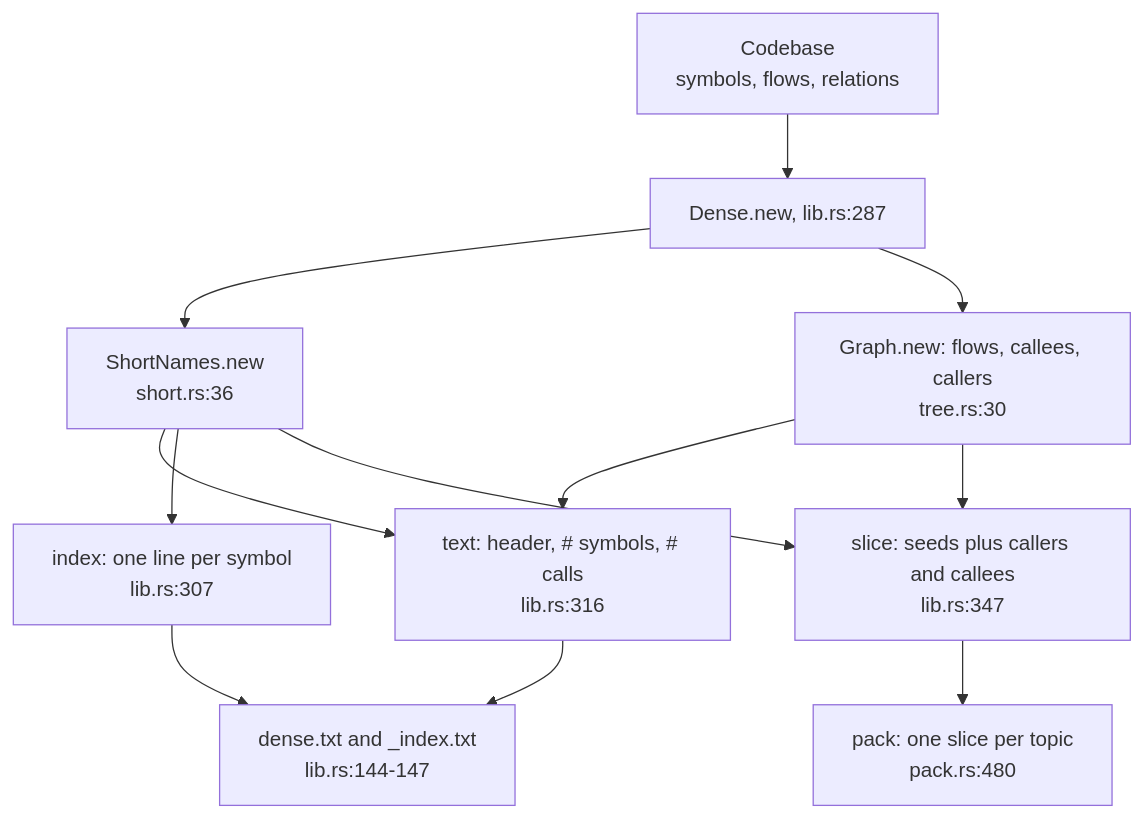
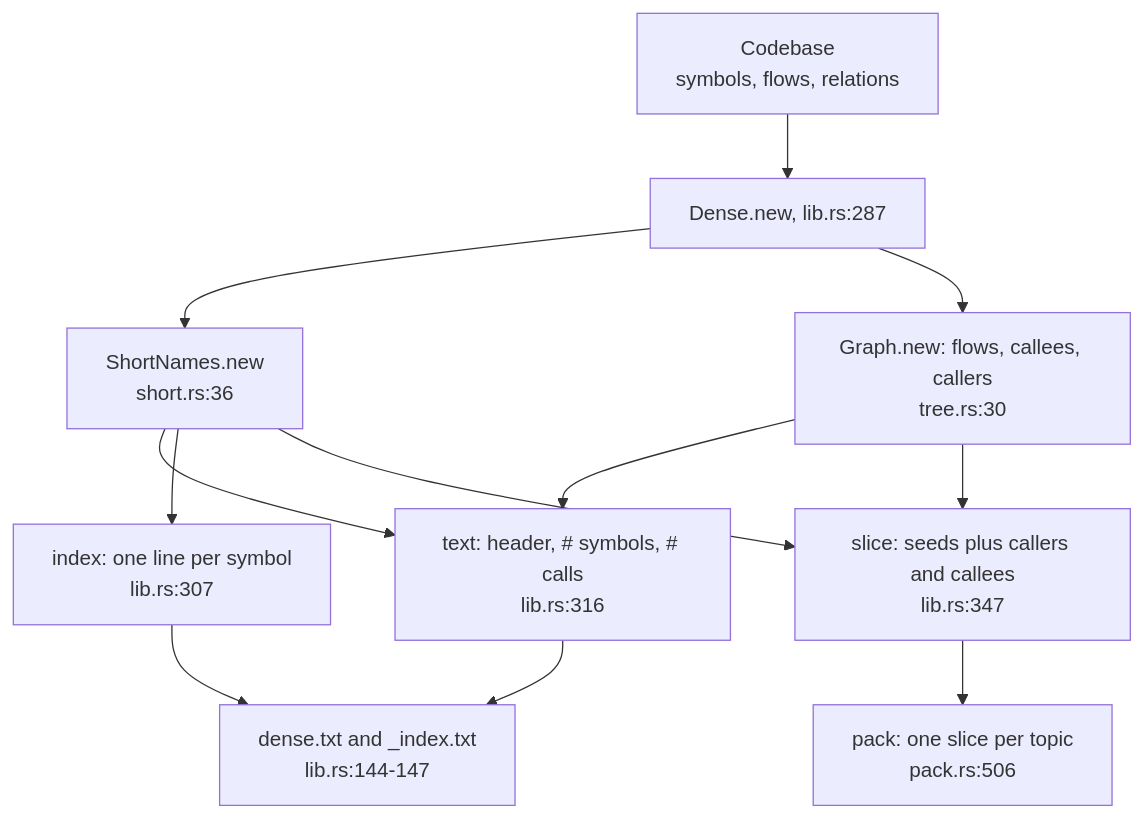
One commit to DreamLab-AI/VisionFlow changed the first of 6 diagrams in docs/diagrams/sealmap/21-the-dense-agent-projection.md. Above: the diagram before and after it, drawn with Mermaid. The commit also changed other lines of this file and 59 other files, not shown here.

First line of the commit message:
docs(diagrams): re-derive and re-stamp forum, website, pod, ontomark and sealmap topics

````diff
--- a/docs/diagrams/sealmap/21-the-dense-agent-projection.md
+++ b/docs/diagrams/sealmap/21-the-dense-agent-projection.md
@@ -83,23 +85,23 @@
 ```mermaid
 flowchart TB
     CB["Codebase<br/>symbols, flows, relations"]
     NEW["Dense.new, lib.rs:287"]
     SN["ShortNames.new<br/>short.rs:36"]
     GR["Graph.new: flows, callees, callers<br/>tree.rs:30"]
     TX["text: header, # symbols, # calls<br/>lib.rs:316"]
     IX["index: one line per symbol<br/>lib.rs:307"]
     SL["slice: seeds plus callers and callees<br/>lib.rs:347"]
     OUT["dense.txt and _index.txt<br/>lib.rs:144-147"]
-    PK["pack: one slice per topic<br/>pack.rs:480"]
+    PK["pack: one slice per topic<br/>pack.rs:506"]
     CB --> NEW
     NEW --> SN
     NEW --> GR
     SN --> TX
     GR --> TX
     SN --> IX
     TX --> OUT
     IX --> OUT
     GR --> SL
     SN --> SL
     SL --> PK
 ```
````
